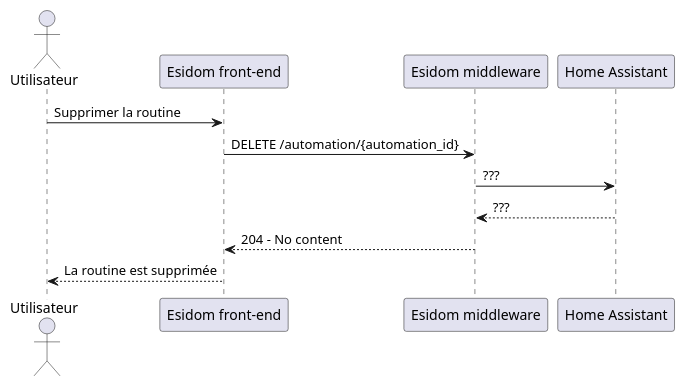
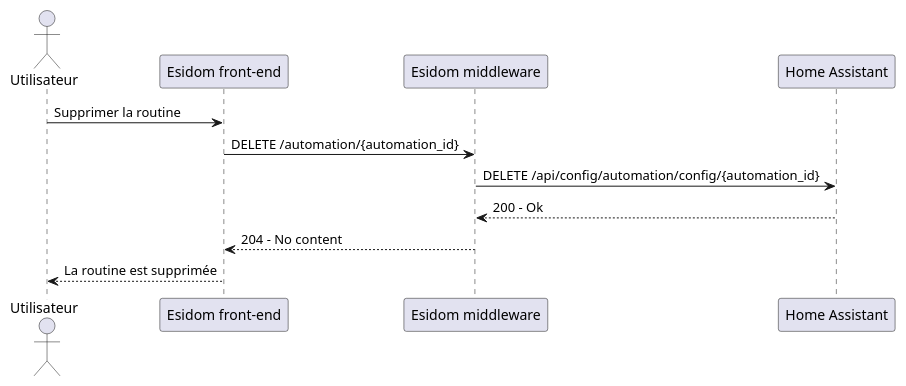
The diagram in cdct/diagramme_de_sequence/plantuml/supprimer_routine.puml (SKAVALT-io/esidom_doc), drawn with PlantUML before and after one commit. The commit also changed 3 other files, not shown here.

Commit message:
docs(cdct): update sequence diagram

```diff
--- a/cdct/diagramme_de_sequence/plantuml/supprimer_routine.puml
+++ b/cdct/diagramme_de_sequence/plantuml/supprimer_routine.puml
@@ -1,15 +1,15 @@
 @startuml supprimer routine
 
 actor "Utilisateur" as u
 participant "Esidom front-end" as fe
 participant "Esidom middleware" as m
 participant "Home Assistant" as ha
 
 u -> fe: Supprimer la routine
 fe -> m: DELETE /automation/{automation_id}
-m -> ha: ???
-ha --> m: ???
+m -> ha: DELETE /api/config/automation/config/{automation_id}
+ha --> m: 200 - Ok
 m --> fe: 204 - No content
 fe --> u: La routine est supprimée
 
 @enduml
```
